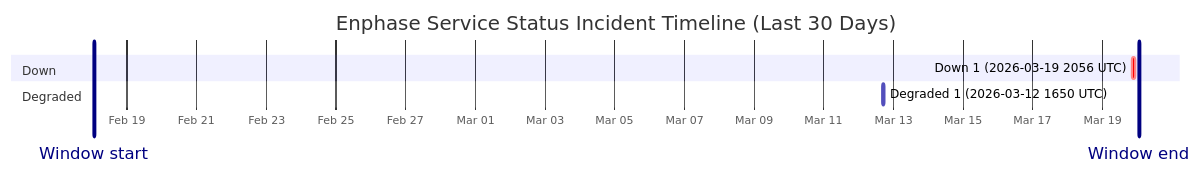
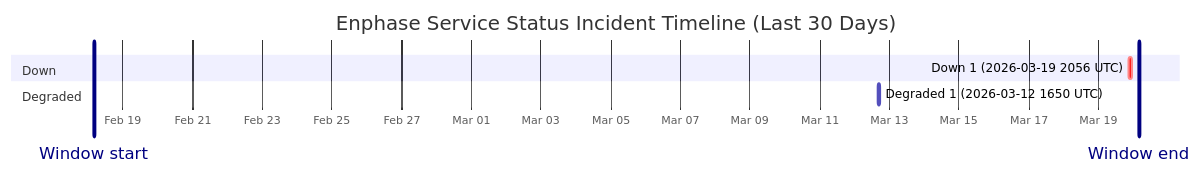
One commit to barneyonline/ha-enphase-ev-charger changed the diagram in wiki/Service-Status-History.md. Above: the diagram before and after it, drawn with Mermaid. The commit also changed other lines of this file and 3 other files, not shown here.

````diff
--- a/wiki/Service-Status-History.md
+++ b/wiki/Service-Status-History.md
@@ -14,12 +14,12 @@
 ```mermaid
 gantt
     title Enphase Service Status Incident Timeline (Last 30 Days)
     dateFormat  YYYY-MM-DDTHH:mm:ss
     axisFormat  %b %d
-    Window start :vert, window-start, 2026-02-18T01:15:11, 0ms
-    Window end :vert, window-end, 2026-03-20T01:15:11, 0ms
+    Window start :vert, window-start, 2026-02-18T04:05:33, 0ms
+    Window end :vert, window-end, 2026-03-20T04:05:33, 0ms
     section Down
     Down 1 (2026-03-19 2056 UTC) :crit, down-1, 2026-03-19T20:56:20, 145m
     section Degraded
     Degraded 1 (2026-03-12 1650 UTC) :active, degraded-1, 2026-03-12T16:50:43, 60m
 ```
````
